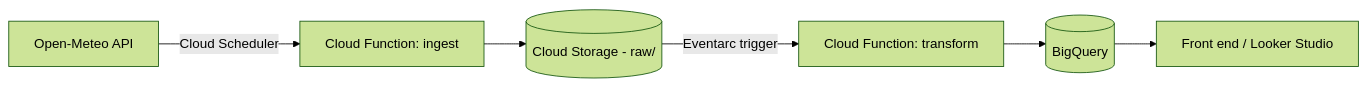
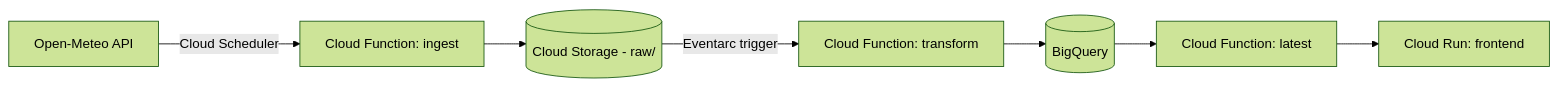
The second of 2 diagrams in docs/architecture.md (mohammed-taha-el-ahmar/gcp-data-pipeline), drawn with Mermaid (forest theme) before and after one commit. The commit also changed 22 other files, not shown here.

````diff
--- a/docs/architecture.md
+++ b/docs/architecture.md
@@ -16,8 +16,9 @@
 ```mermaid
 flowchart LR
     A[Open-Meteo API] -->|Cloud Scheduler| B[Cloud Function: ingest]
     B --> C[(Cloud Storage - raw/)]
     C -->|Eventarc trigger| D[Cloud Function: transform]
     D --> E[(BigQuery)]
-    E --> F[Front end / Looker Studio]
+    E --> F[Cloud Function: latest]
+    F --> G[Cloud Run: frontend]
 ```
````
